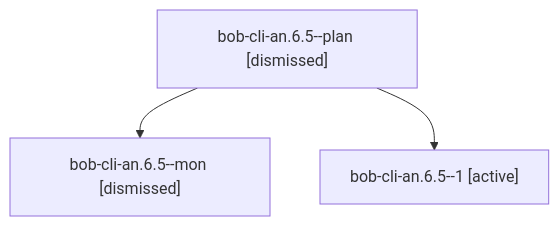
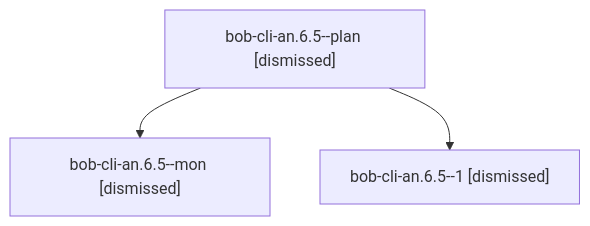
The diagram in sessions/bbugyi200.athena.bob-cli-an.6.5.md (bobs-org/bob-cli--agents), drawn with Mermaid before and after one commit. The commit also changed other lines of this file and 557 other files, not shown here.

````diff
--- a/sessions/bbugyi200.athena.bob-cli-an.6.5.md
+++ b/sessions/bbugyi200.athena.bob-cli-an.6.5.md
@@ -9,8 +9,8 @@
 ```mermaid
 flowchart TD
   n0["bob-cli-an.6.5--plan [dismissed]"]
   n1["bob-cli-an.6.5--mon [dismissed]"]
   n0 --> n1
-  n2["bob-cli-an.6.5--1 [active]"]
+  n2["bob-cli-an.6.5--1 [dismissed]"]
   n0 --> n2
 ```
````
